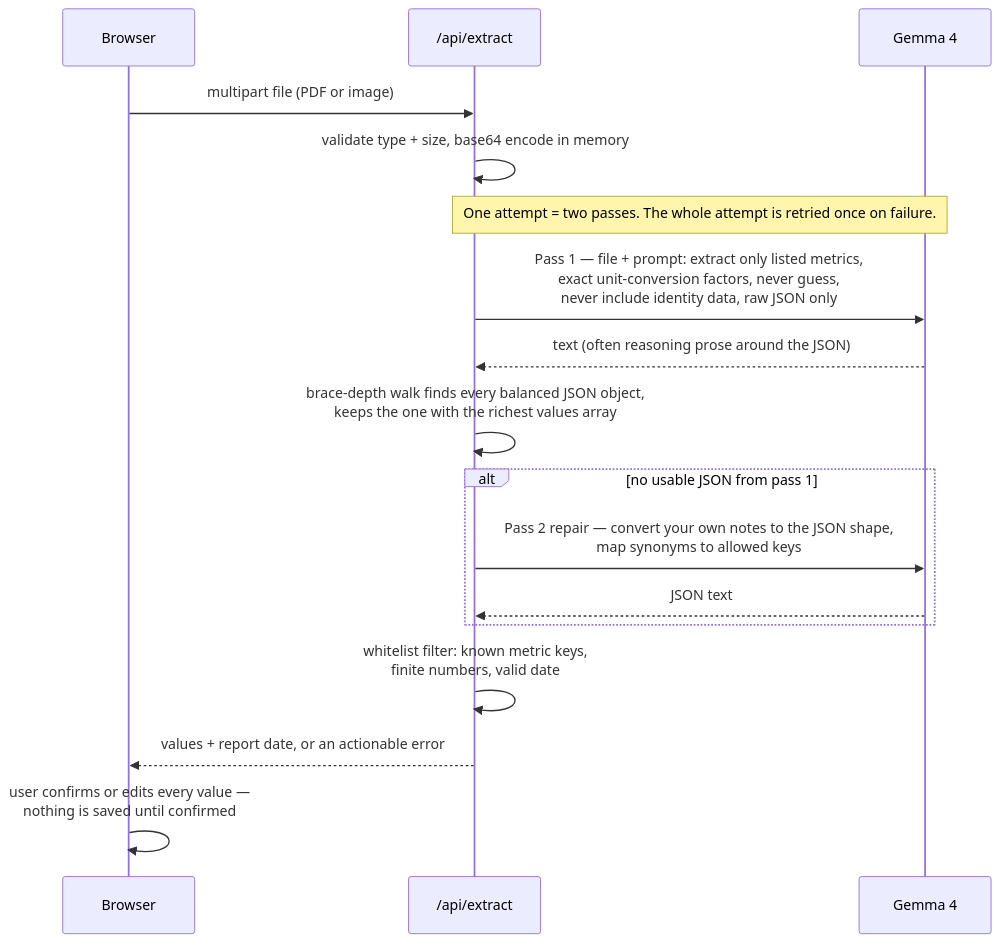
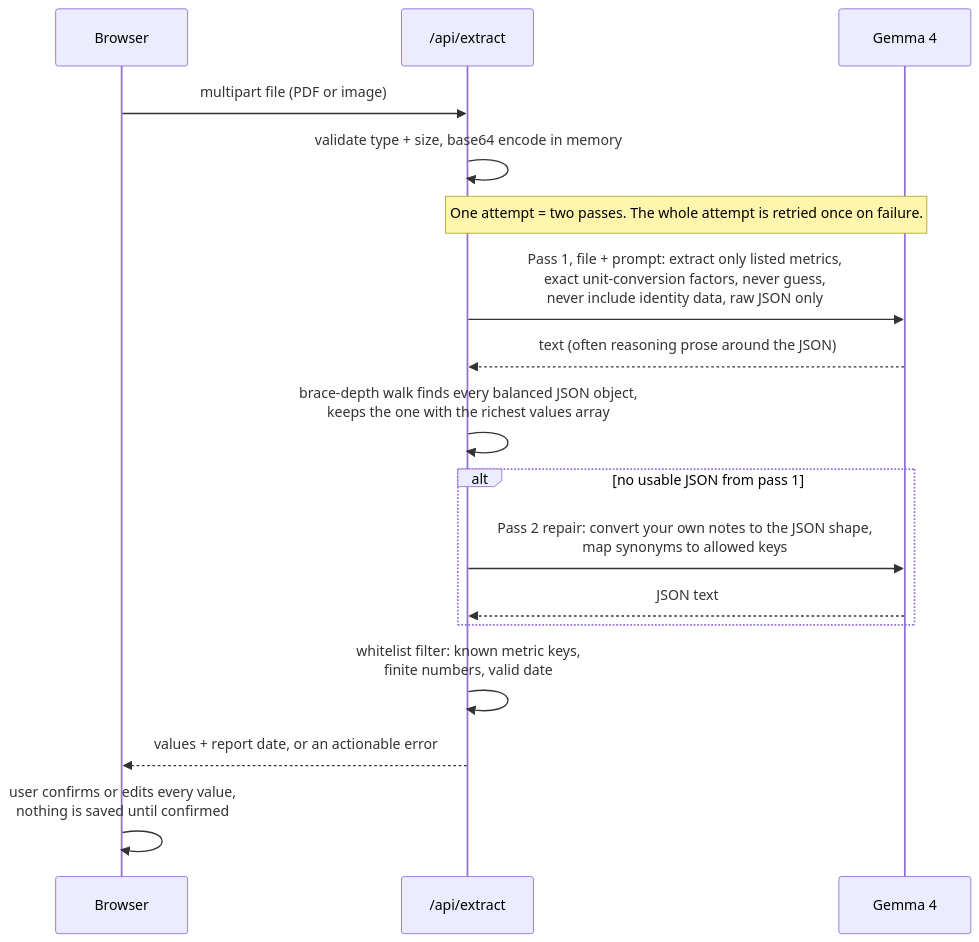
One commit to fozagtx/bethealth changed the second of 2 diagrams in README.md. Above: the diagram before and after it, drawn with Mermaid. The commit also changed other lines of this file, not shown here.

````diff
--- a/README.md
+++ b/README.md
@@ -76,20 +76,20 @@
 ```mermaid
 sequenceDiagram
     participant C as Browser
     participant API as /api/extract
     participant G as Gemma 4
 
     C->>API: multipart file (PDF or image)
     API->>API: validate type + size, base64 encode in memory
     Note over API,G: One attempt = two passes. The whole attempt is retried once on failure.
-    API->>G: Pass 1 — file + prompt: extract only listed metrics,<br/>exact unit-conversion factors, never guess,<br/>never include identity data, raw JSON only
+    API->>G: Pass 1, file + prompt: extract only listed metrics,<br/>exact unit-conversion factors, never guess,<br/>never include identity data, raw JSON only
     G-->>API: text (often reasoning prose around the JSON)
     API->>API: brace-depth walk finds every balanced JSON object,<br/>keeps the one with the richest values array
     alt no usable JSON from pass 1
-        API->>G: Pass 2 repair — convert your own notes to the JSON shape,<br/>map synonyms to allowed keys
+        API->>G: Pass 2 repair: convert your own notes to the JSON shape,<br/>map synonyms to allowed keys
         G-->>API: JSON text
     end
     API->>API: whitelist filter: known metric keys,<br/>finite numbers, valid date
     API-->>C: values + report date, or an actionable error
-    C->>C: user confirms or edits every value —<br/>nothing is saved until confirmed
+    C->>C: user confirms or edits every value,<br/>nothing is saved until confirmed
 ```
````
